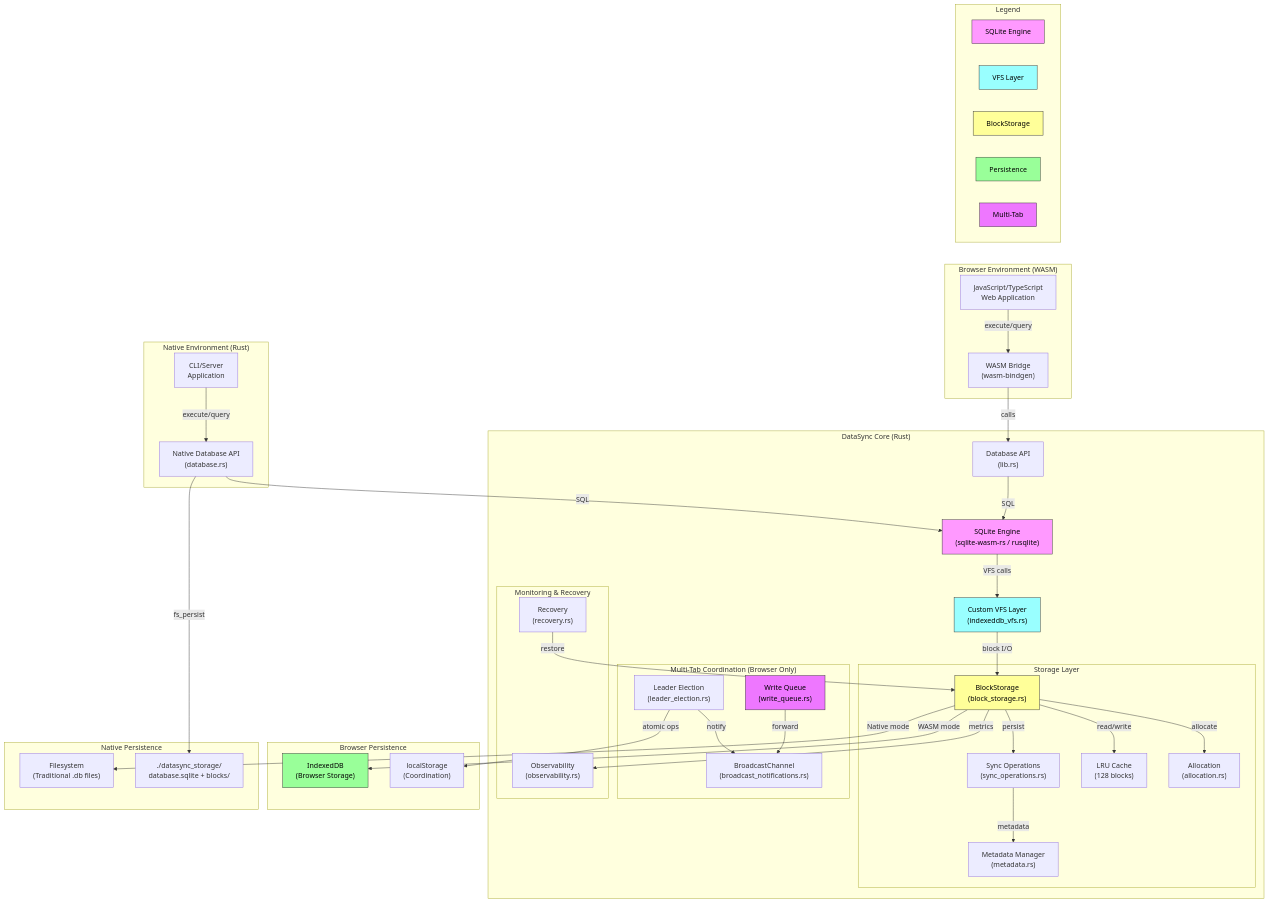
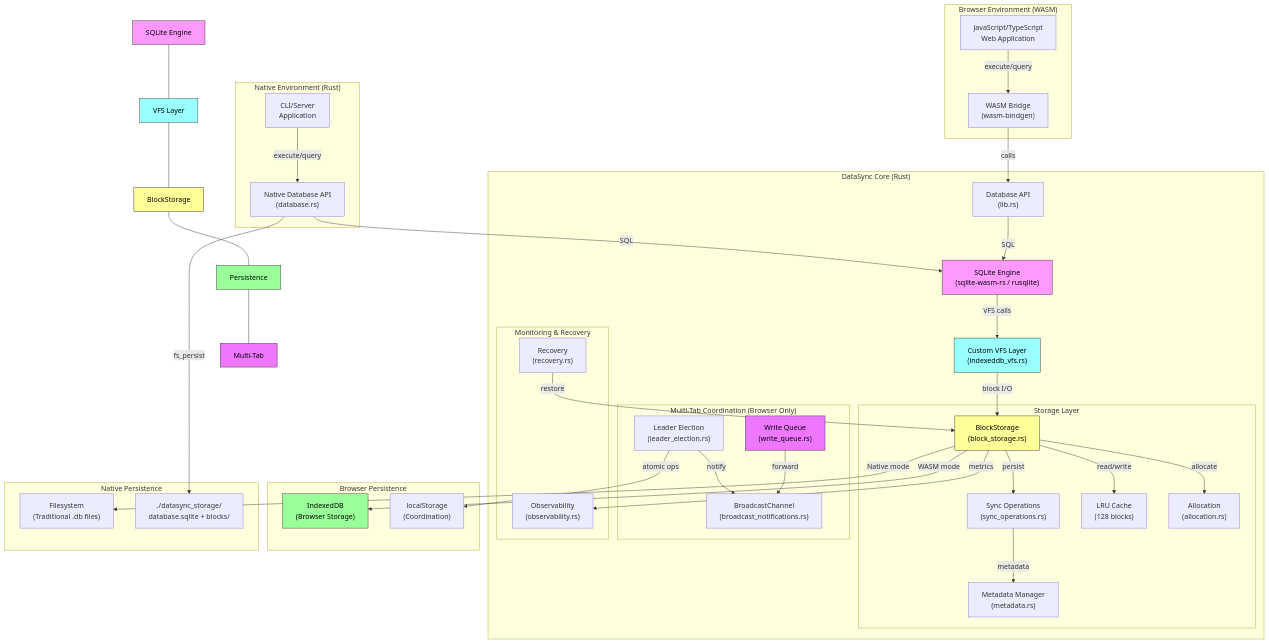
The diagram in README.md (npiesco/absurder-sql), drawn with Mermaid before and after one commit.

Commit message:
docs: Make legend horizontal as direct nodes, not subgraph

````diff
--- a/README.md
+++ b/README.md
@@ -25,15 +25,6 @@
 ```mermaid
 graph TB
-    subgraph Legend
-        direction LR
-        L1["SQLite Engine"]
-        L2["VFS Layer"]
-        L3["BlockStorage"]
-        L4["Persistence"]
-        L5["Multi-Tab"]
-    end
-    
-    Legend ~~~ JS
+    L1["SQLite Engine"] --- L2["VFS Layer"] --- L3["BlockStorage"] --- L4["Persistence"] --- L5["Multi-Tab"]
     
     subgraph "Browser Environment (WASM)"
         JS["JavaScript/TypeScript<br/>Web Application"]
````
